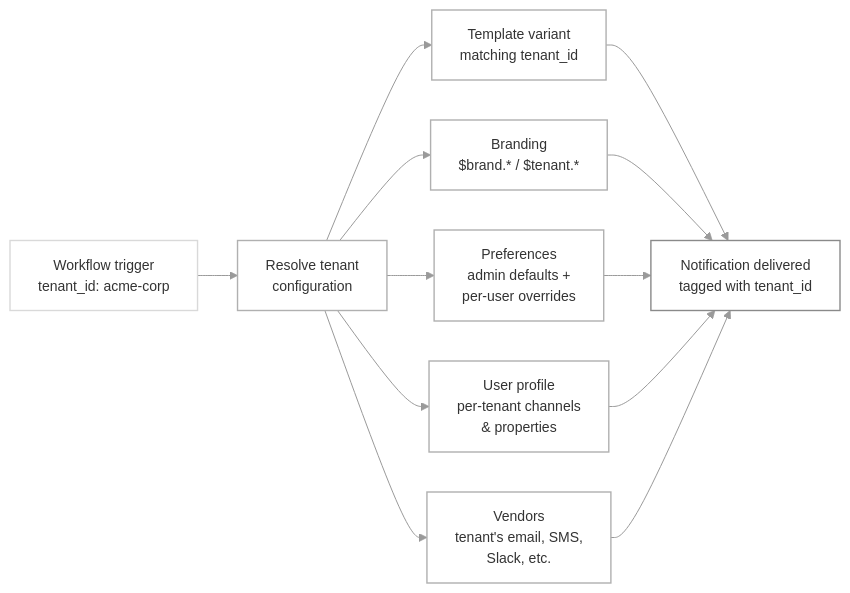
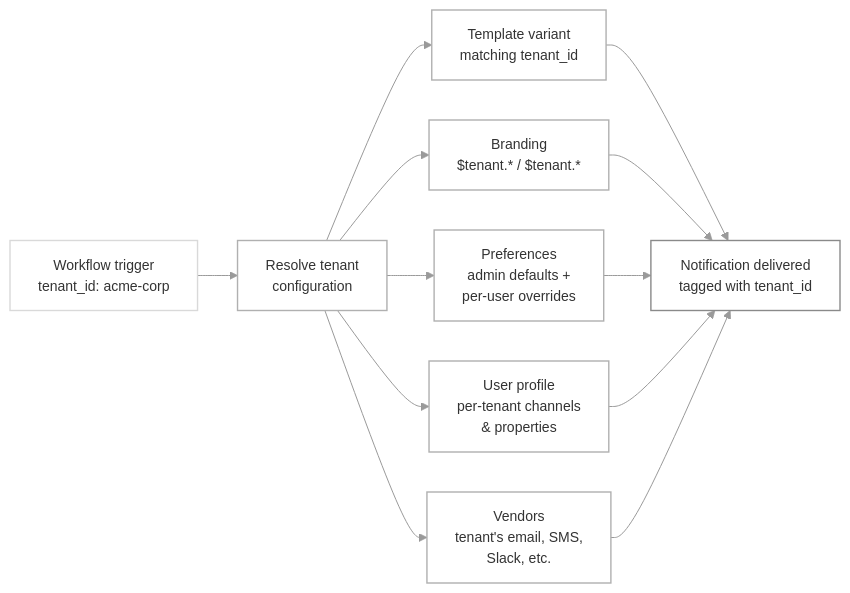
The diagram in docs/tenants.mdx (suprsend/documentation), drawn with Mermaid before and after one commit. The commit also changed other lines of this file and 38 other files, not shown here.

````diff
--- a/docs/tenants.mdx
+++ b/docs/tenants.mdx
@@ -33,22 +33,22 @@
 ```mermaid
 %%{init: {'theme':'base','themeVariables':{'fontSize':'14px','fontFamily':'ui-sans-serif, system-ui, sans-serif','lineColor':'#9a9a9a'},'flowchart':{'padding':14,'nodeSpacing':40,'rankSpacing':40}}}%%
 flowchart LR
     T["Workflow trigger<br/>tenant_id: acme-corp"] --> R["Resolve tenant<br/>configuration"]
     R --> TV["Template variant<br/>matching tenant_id"]
-    R --> B["Branding<br/>$brand.* / $tenant.*"]
+    R --> B["Branding<br/>$tenant.* / $tenant.*"]
     R --> P["Preferences<br/>admin defaults +<br/>per-user overrides"]
     R --> U["User profile<br/>per-tenant channels<br/>& properties"]
     R --> V["Vendors<br/>tenant's email, SMS,<br/>Slack, etc."]
     TV --> D["Notification delivered<br/>tagged with tenant_id"]
     B --> D
     P --> D
     U --> D
     V --> D
 
     classDef s1 fill:transparent,stroke:#d9d9d9,stroke-width:1.4px;
     classDef s2 fill:transparent,stroke:#b0b0b0,stroke-width:1.4px;
     classDef s3 fill:transparent,stroke:#8a8a8a,stroke-width:1.4px;
     class T s1;
     class R,TV,B,P,U,V s2;
     class D s3;
 ```
````
